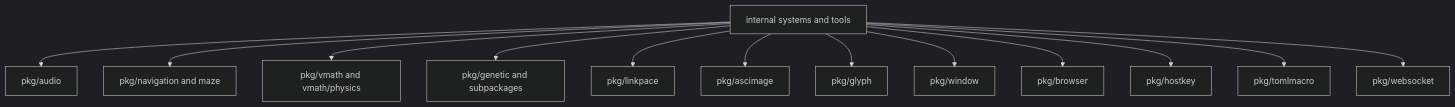
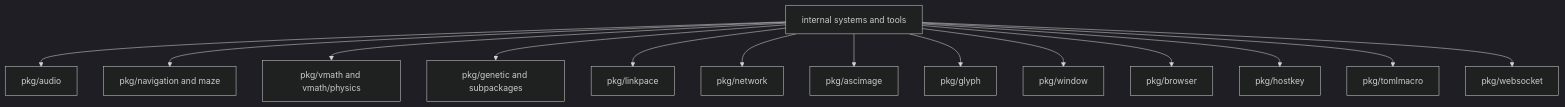
Before and after one commit to lixenwraith/vif: the fourth of 4 diagrams in doc/package-map.md, drawn with Mermaid (dark theme). The commit also changed other lines of this file and 98 other files, not shown here.

First line of the commit message:
network: lift the link layer into pkg/network

````diff
--- a/doc/package-map.md
+++ b/doc/package-map.md
@@ -108,15 +108,16 @@
 ```mermaid
 flowchart TD
     Game["internal systems and tools"] --> Audio["pkg/audio"]
     Game --> Nav["pkg/navigation and maze"]
     Game --> Physics["pkg/vmath and vmath/physics"]
     Game --> Genetic["pkg/genetic and subpackages"]
     Game --> Link["pkg/linkpace"]
+    Game --> Network["pkg/network"]
     Game --> Image["pkg/ascimage"]
     Game --> Glyph["pkg/glyph"]
     Game --> Window["pkg/window"]
     Game --> Browser["pkg/browser"]
     Game --> HostKey["pkg/hostkey"]
     Game --> Macro["pkg/tomlmacro"]
     Game --> Socket["pkg/websocket"]
 ```
````
